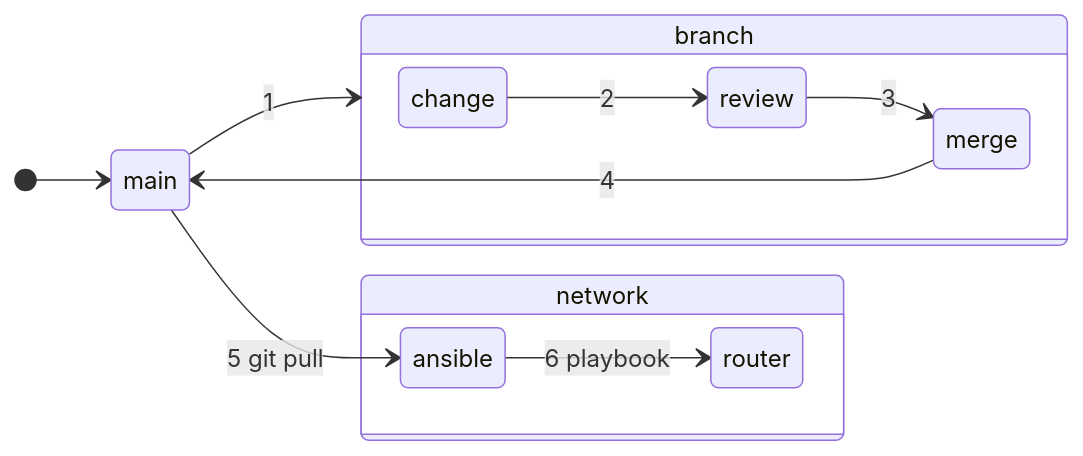
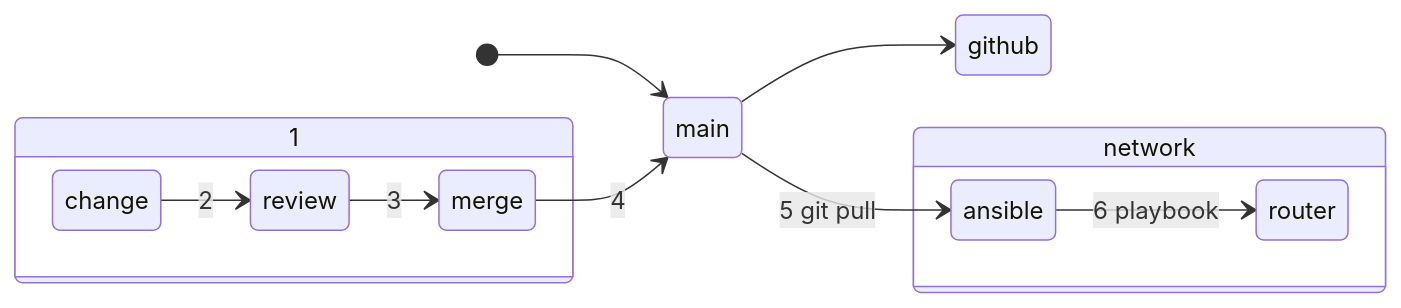
One commit to sdncoder/sdncoder changed the diagram in README.md. Above: the diagram before and after it, drawn with Mermaid.

````diff
--- a/README.md
+++ b/README.md
@@ -9,16 +9,16 @@
  ```mermaid
    stateDiagram
    direction LR
     [*] --> main
-    main --> branch : 1
+    main --> github branch : 1
     state branch {
     direction LR
     change --> review : 2
     review --> merge : 3
     }
     merge --> main : 4
     main --> ansible : 5 git pull
     state network {
     ansible --> router : 6 playbook
     }
  ```
````
